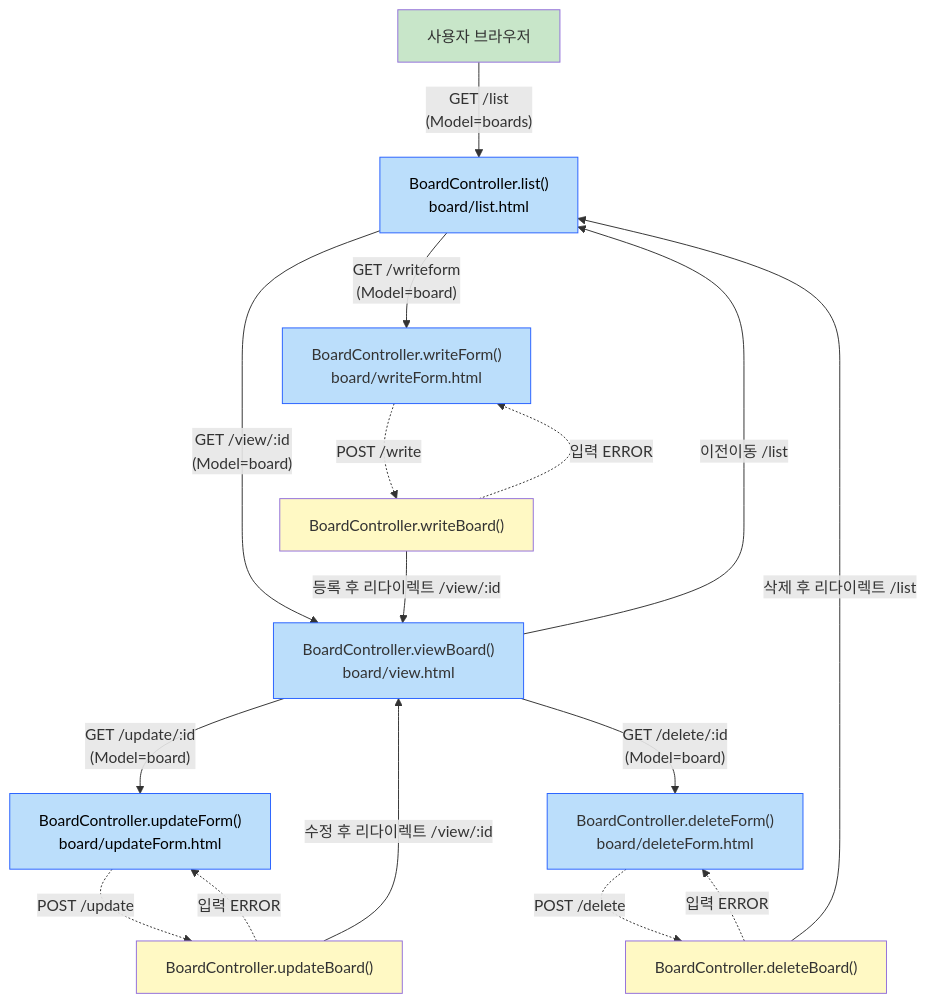
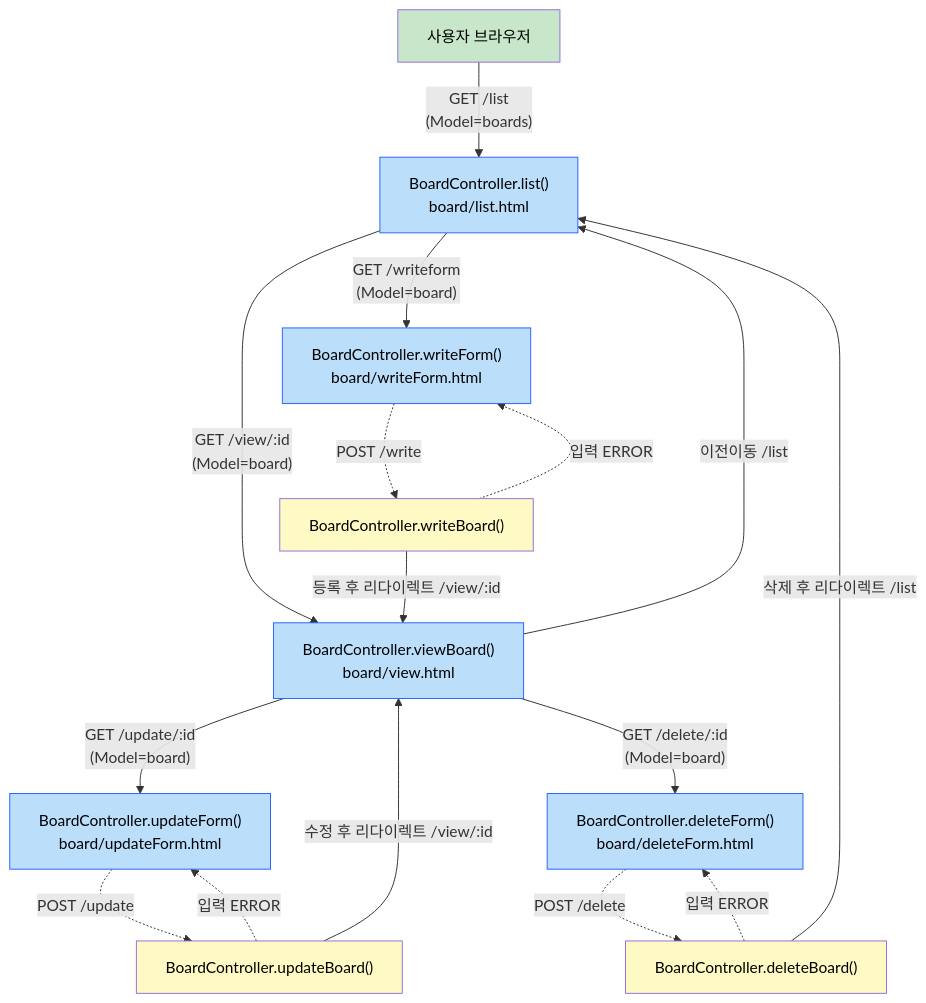
Before and after one commit to star1431/board: the second of 2 diagrams in README.md, drawn with Mermaid.

Commit message:
@recommit

````diff
--- a/README.md
+++ b/README.md
@@ -214,32 +214,33 @@
 ```mermaid
 ---
 config:
   layout: dagre
 ---
 flowchart TD
     A["사용자 브라우저"] -- "GET /list<br>(Model=boards)" --> B["BoardController.list()<br>board/list.html"]
     B -- "GET /view/:id<br>(Model=board)" --> C["BoardController.viewBoard()<br>board/view.html"]
     C -- 이전이동 /list --> B
     B -- "GET /writeform<br>(Model=board)" --> D["BoardController.writeForm()<br>board/writeForm.html"]
     D -. POST /write .-> E["BoardController.writeBoard()"]
     E -. 입력 ERROR .-> D
     E -- 등록 후 리다이렉트 /view/:id --> C
     C -- "GET /update/:id<br>(Model=board)" --> F["BoardController.updateForm()<br>board/updateForm.html"]
     F -. POST /update .-> G["BoardController.updateBoard()"]
     G -. 입력 ERROR .-> F
     G -- 수정 후 리다이렉트 /view/:id --> C
     C -- "GET /delete/:id<br>(Model=board)" --> H["BoardController.deleteForm()<br>board/deleteForm.html"]
     H -. POST /delete .-> I["BoardController.deleteBoard()"]
     I -. 입력 ERROR .-> H
     I -- 삭제 후 리다이렉트 /list --> B
-    style A fill:#C8E6C9
+    style A fill:#C8E6C9,color:#000000
     style B fill:#BBDEFB,color:#000000,stroke:#2962FF
-    style C fill:#BBDEFB,stroke:#2962FF
-    style D fill:#BBDEFB,stroke:#2962FF
-    style E fill:#FFF9C4
+    style C fill:#BBDEFB,stroke:#2962FF,color:#000000
+    style D fill:#BBDEFB,stroke:#2962FF,color:#000000
+    style E fill:#FFF9C4,color:#000000
     style F color:#000000,fill:#BBDEFB,stroke:#2962FF
-    style G fill:#FFF9C4
-    style H fill:#BBDEFB,stroke:#2962FF
-    style I fill:#FFF9C4
+    style G fill:#FFF9C4,color:#000000
+    style H fill:#BBDEFB,stroke:#2962FF,color:#000000
+    style I fill:#FFF9C4,color:#000000
+
 
 ```
````
